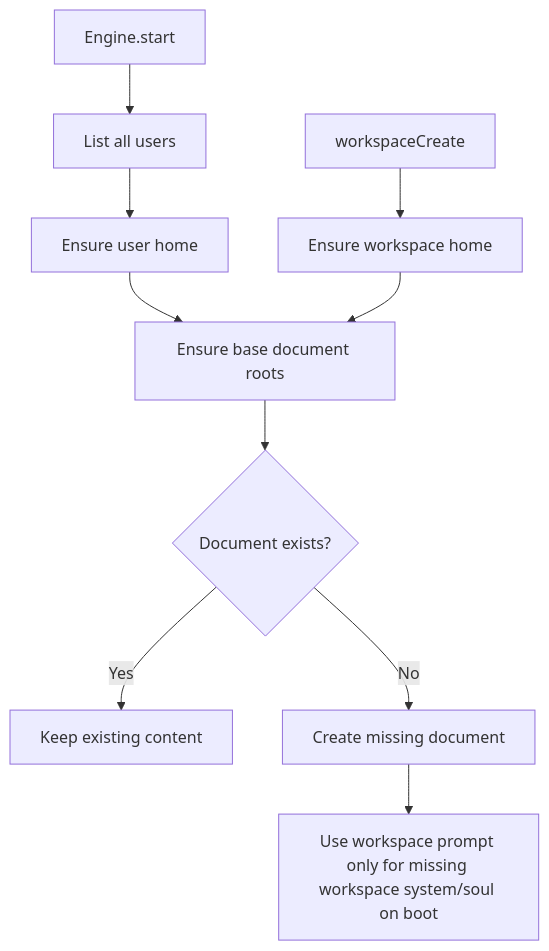
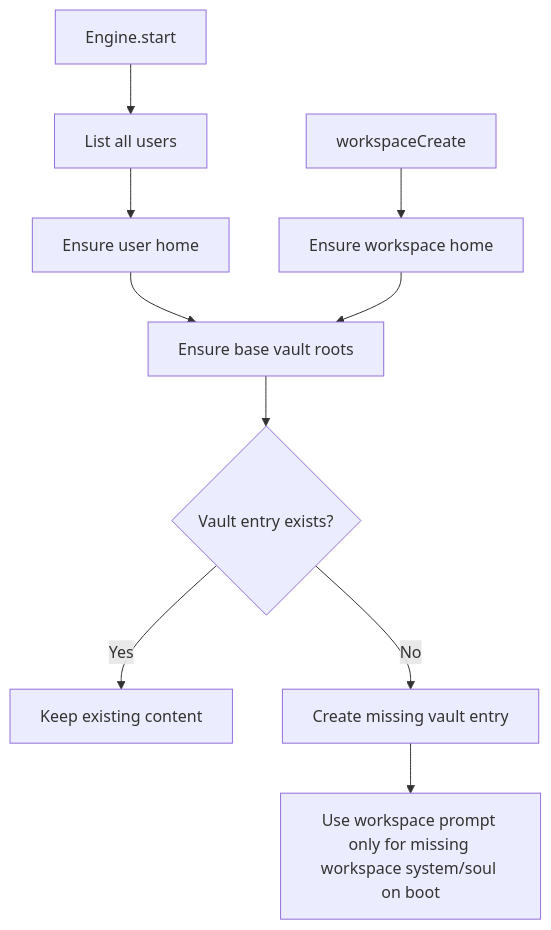
The diagram in doc/20260307-workspace-document-bootstrap.md (ex3ndr/daycare), drawn with Mermaid before and after one commit. The commit also changed other lines of this file and 112 other files, not shown here.

````diff
--- a/doc/20260307-workspace-document-bootstrap.md
+++ b/doc/20260307-workspace-document-bootstrap.md
@@ -21,12 +21,12 @@
 ```mermaid
 flowchart TD
     A[Engine.start] --> B[List all users]
     B --> C[Ensure user home]
-    C --> D[Ensure base document roots]
+    C --> D[Ensure base vault roots]
     E[workspaceCreate] --> F[Ensure workspace home]
     F --> D
-    D --> G{Document exists?}
+    D --> G{Vault entry exists?}
     G -->|Yes| H[Keep existing content]
-    G -->|No| I[Create missing document]
+    G -->|No| I[Create missing vault entry]
     I --> J[Use workspace prompt only for missing workspace system/soul on boot]
 ```
````
